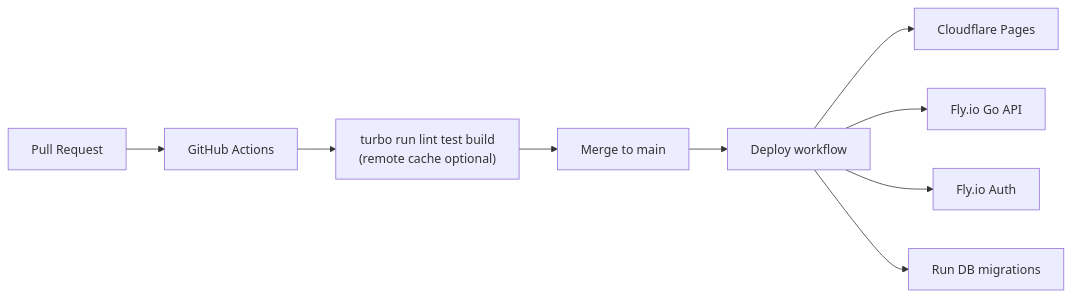
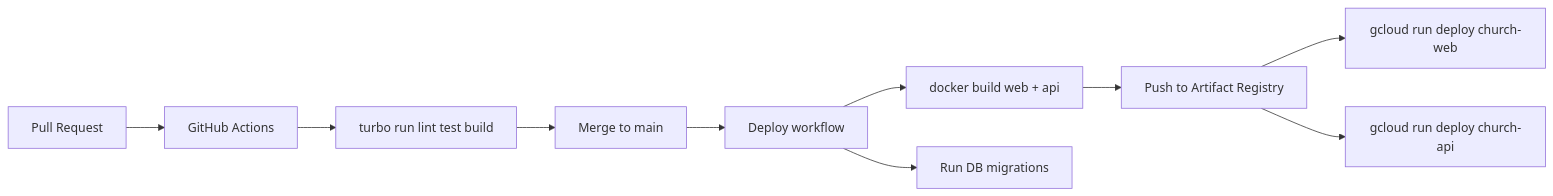
One commit to DavidK4leido5/non-profit-cfc-website changed the sixth of 6 diagrams in PLAN.md. Above: the diagram before and after it, drawn with Mermaid. The commit also changed other lines of this file and 34 other files, not shown here.

Commit message:
made turborepo run on docker

````diff
--- a/PLAN.md
+++ b/PLAN.md
@@ -1224,11 +1354,12 @@
 ```mermaid
 flowchart LR
     PR[Pull Request] --> CI[GitHub Actions]
-    CI --> Turbo["turbo run lint test build<br/>(remote cache optional)"]
+    CI --> Turbo["turbo run lint test build"]
     Turbo --> Merge[Merge to main]
     Merge --> Deploy[Deploy workflow]
-    Deploy --> Pages[Cloudflare Pages]
-    Deploy --> FlyAPI[Fly.io Go API]
-    Deploy --> FlyAuth[Fly.io Auth]
+    Deploy --> Build["docker build web + api"]
+    Build --> GAR[Push to Artifact Registry]
+    GAR --> RunWeb["gcloud run deploy church-web"]
+    GAR --> RunAPI["gcloud run deploy church-api"]
     Deploy --> Migrate[Run DB migrations]
 ```
````
